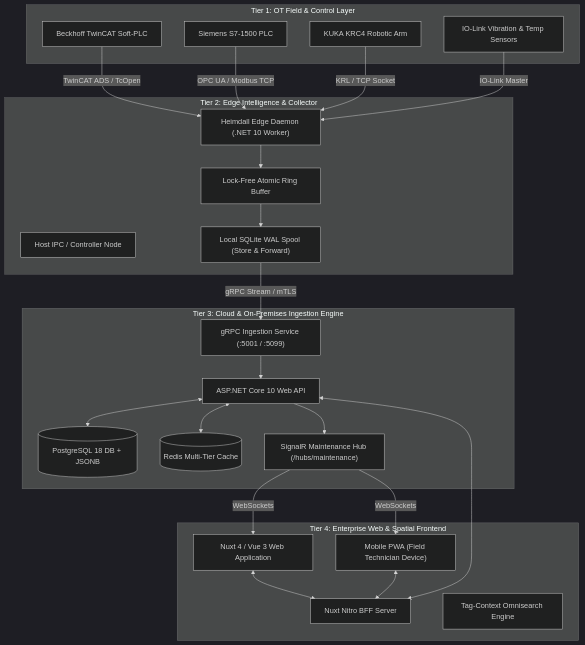
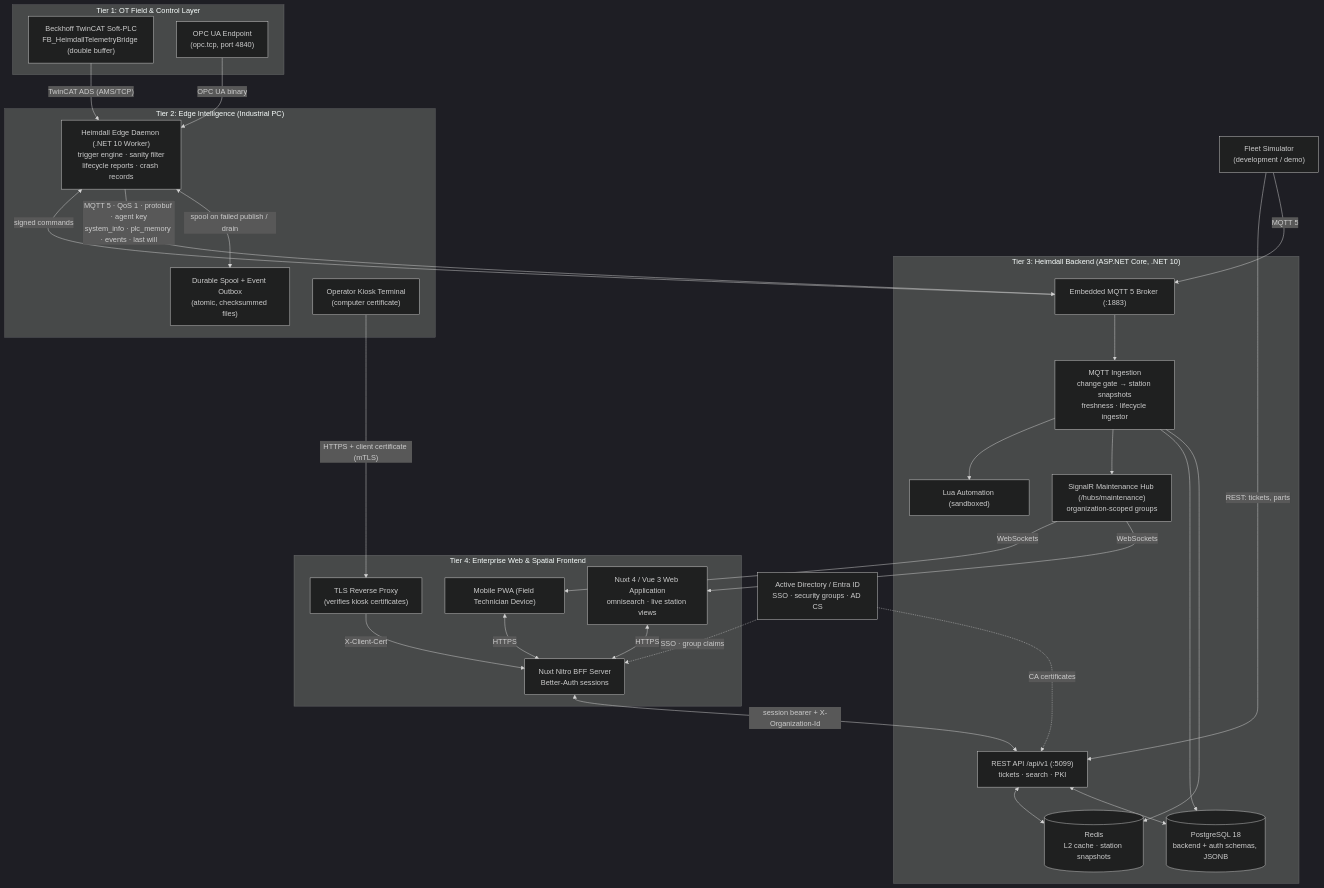
Before and after one commit to 0xLufis/heimdall: the first of 2 diagrams in docs/academic/BACHELOR_THESIS_NOTES.md, drawn with Mermaid (dark theme). The commit also changed other lines of this file and 1 other file, not shown here.

First line of the commit message:
docs(thesis): describe the system as it is (MQTT 5, spool, PKI, freshness)

````diff
--- a/docs/academic/BACHELOR_THESIS_NOTES.md
+++ b/docs/academic/BACHELOR_THESIS_NOTES.md
@@ -135,53 +138,62 @@
 ```mermaid
 graph TB
     subgraph Tier1_Field ["Tier 1: OT Field & Control Layer"]
-        PLC1["Beckhoff TwinCAT Soft-PLC"]
-        PLC2["Siemens S7-1500 PLC"]
-        Robot["KUKA KRC4 Robotic Arm"]
-        Sensors["IO-Link Vibration & Temp Sensors"]
+        PLC1["Beckhoff TwinCAT Soft-PLC<br/>FB_HeimdallTelemetryBridge (double buffer)"]
+        OpcUa["OPC UA Endpoint<br/>(opc.tcp, port 4840)"]
     end
 
-    subgraph Tier2_Edge ["Tier 2: Edge Intelligence & Collector"]
-        IPC["Host IPC / Controller Node"]
-        Daemon["Heimdall Edge Daemon (.NET 10 Worker)"]
-        SQLite["Local SQLite WAL Spool (Store & Forward)"]
-        RingBuf["Lock-Free Atomic Ring Buffer"]
+    subgraph Tier2_Edge ["Tier 2: Edge Intelligence (Industrial PC)"]
+        Daemon["Heimdall Edge Daemon (.NET 10 Worker)<br/>trigger engine · sanity filter<br/>lifecycle reports · crash records"]
+        Spool["Durable Spool + Event Outbox<br/>(atomic, checksummed files)"]
+        Kiosk["Operator Kiosk Terminal<br/>(computer certificate)"]
     end
 
-    subgraph Tier3_Core ["Tier 3: Cloud & On-Premises Ingestion Engine"]
-        gRPC["gRPC Ingestion Service (:5001 / :5099)"]
-        WebAPI["ASP.NET Core 10 Web API"]
-        Postgres[(PostgreSQL 18 DB + JSONB)]
-        Redis[(Redis Multi-Tier Cache)]
-        SignalR["SignalR Maintenance Hub (/hubs/maintenance)"]
+    Sim["Fleet Simulator<br/>(development / demo)"]
+    Dir["Active Directory / Entra ID<br/>SSO · security groups · AD CS"]
+
+    subgraph Tier3_Core ["Tier 3: Heimdall Backend (ASP.NET Core, .NET 10)"]
+        Broker["Embedded MQTT 5 Broker (:1883)"]
+        Ingest["MQTT Ingestion<br/>change gate → station snapshots<br/>freshness · lifecycle ingestor"]
+        WebAPI["REST API /api/v1 (:5099)<br/>tickets · search · PKI"]
+        Lua["Lua Automation (sandboxed)"]
+        SignalR["SignalR Maintenance Hub (/hubs/maintenance)<br/>organization-scoped groups"]
+        Postgres[("PostgreSQL 18<br/>backend + auth schemas, JSONB")]
+        Redis[("Redis<br/>L2 cache · station snapshots")]
     end
 
     subgraph Tier4_Presentation ["Tier 4: Enterprise Web & Spatial Frontend"]
-        Nitro["Nuxt Nitro BFF Server"]
-        WebUI["Nuxt 4 / Vue 3 Web Application"]
+        Proxy["TLS Reverse Proxy<br/>(verifies kiosk certificates)"]
+        Nitro["Nuxt Nitro BFF Server<br/>Better-Auth sessions"]
+        WebUI["Nuxt 4 / Vue 3 Web Application<br/>omnisearch · live station views"]
         PWA["Mobile PWA (Field Technician Device)"]
-        OmniSearch["Tag-Context Omnisearch Engine"]
     end
 
     %% Protocol Flows
-    PLC1 -->|TwinCAT ADS / TcOpen| Daemon
-    PLC2 -->|OPC UA / Modbus TCP| Daemon
-    Robot -->|KRL / TCP Socket| Daemon
-    Sensors -->|IO-Link Master| Daemon
+    PLC1 -->|"TwinCAT ADS (AMS/TCP)"| Daemon
+    OpcUa -->|"OPC UA binary"| Daemon
+    Daemon <-->|"spool on failed publish / drain"| Spool
 
-    Daemon --> RingBuf
-    RingBuf --> SQLite
-    SQLite -->|gRPC Stream / mTLS| gRPC
-    
-    gRPC --> WebAPI
+    Daemon -->|"MQTT 5 · QoS 1 · protobuf · agent key<br/>system_info · plc_memory · events · last will"| Broker
+    Broker -->|"signed commands"| Daemon
+    Sim -->|"MQTT 5"| Broker
+    Sim -->|"REST: tickets, parts"| WebAPI
+
+    Broker --> Ingest
+    Ingest --> Redis
+    Ingest --> Postgres
+    Ingest --> SignalR
+    Ingest --> Lua
     WebAPI <--> Postgres
     WebAPI <--> Redis
-    WebAPI --> SignalR
 
     SignalR -->|WebSockets| WebUI
     SignalR -->|WebSockets| PWA
-    
-    WebUI <--> Nitro
-    PWA <--> Nitro
-    Nitro <--> WebAPI
+
+    WebUI <-->|HTTPS| Nitro
+    PWA <-->|HTTPS| Nitro
+    Nitro <-->|"session bearer + X-Organization-Id"| WebAPI
+    Kiosk -->|"HTTPS + client certificate (mTLS)"| Proxy
+    Proxy -->|"X-Client-Cert"| Nitro
+    Dir -.->|"SSO · group claims"| Nitro
+    Dir -.->|"CA certificates"| WebAPI
 ```
````
